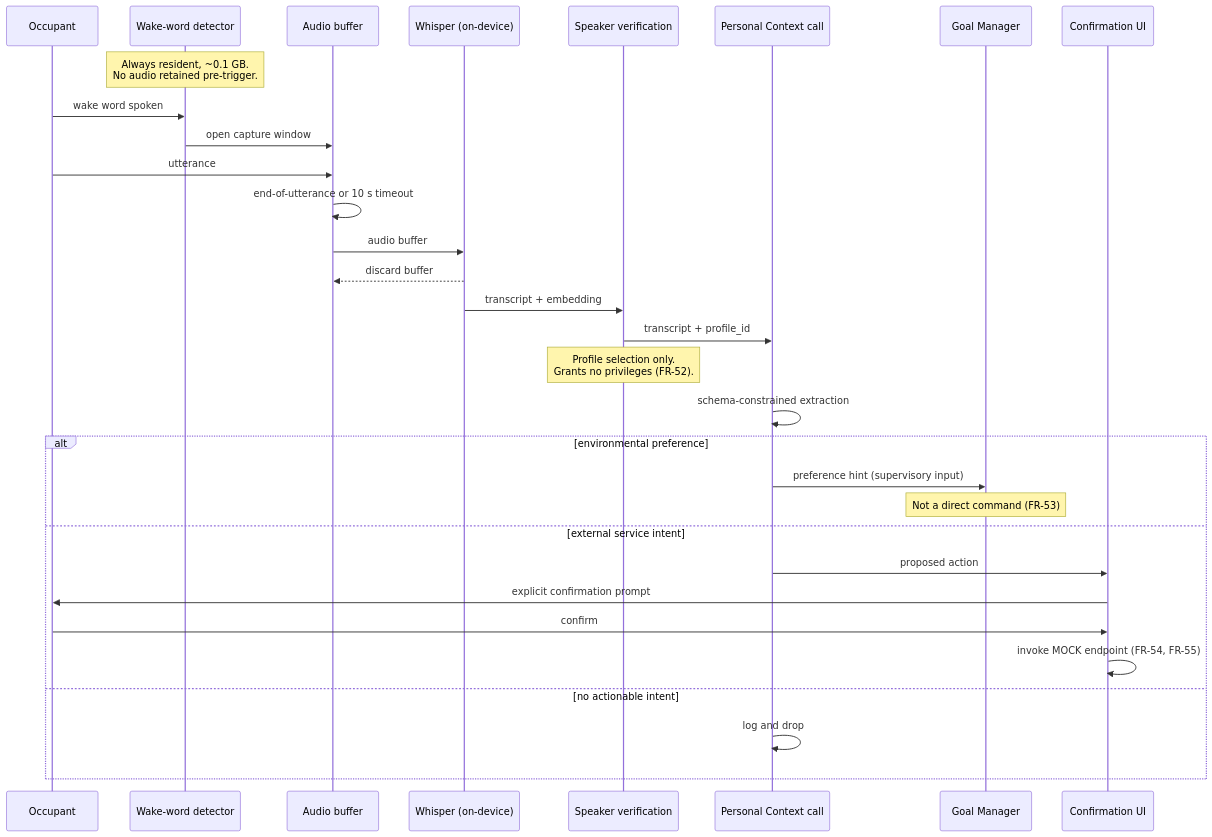
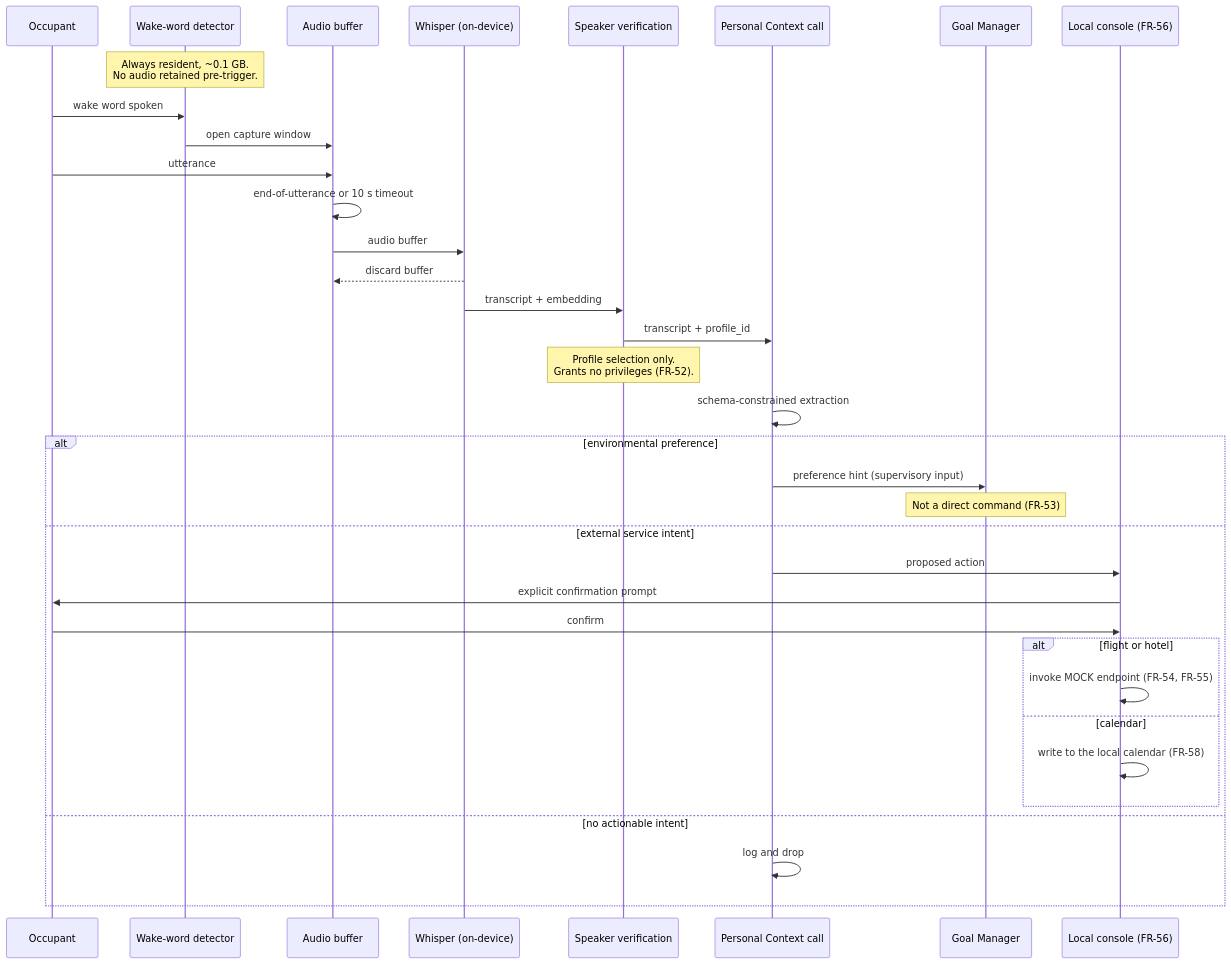
The tenth of 12 diagrams in docs/DESIGN.md (udbhav07/edge-smart-space), drawn with Mermaid before and after one commit. The commit also changed other lines of this file and 1 other file, not shown here.

First line of the commit message:
docs: local console and a first-party calendar (FR-56 to FR-58)

````diff
--- a/docs/DESIGN.md
+++ b/docs/DESIGN.md
@@ -817,34 +824,38 @@
 ```mermaid
 sequenceDiagram
     participant U as Occupant
     participant WW as Wake-word detector
     participant MIC as Audio buffer
     participant ASR as Whisper (on-device)
     participant SV as Speaker verification
     participant PC as Personal Context call
     participant GM as Goal Manager
-    participant UI as Confirmation UI
+    participant UI as Local console (FR-56)
 
     Note over WW: Always resident, ~0.1 GB.<br/>No audio retained pre-trigger.
     U->>WW: wake word spoken
     WW->>MIC: open capture window
     U->>MIC: utterance
     MIC->>MIC: end-of-utterance or 10 s timeout
     MIC->>ASR: audio buffer
     ASR-->>MIC: discard buffer
     ASR->>SV: transcript + embedding
     SV->>PC: transcript + profile_id
     Note over SV: Profile selection only.<br/>Grants no privileges (FR-52).
     PC->>PC: schema-constrained extraction
     alt environmental preference
         PC->>GM: preference hint (supervisory input)
         Note over GM: Not a direct command (FR-53)
     else external service intent
         PC->>UI: proposed action
         UI->>U: explicit confirmation prompt
         U->>UI: confirm
-        UI->>UI: invoke MOCK endpoint (FR-54, FR-55)
+        alt flight or hotel
+            UI->>UI: invoke MOCK endpoint (FR-54, FR-55)
+        else calendar
+            UI->>UI: write to the local calendar (FR-58)
+        end
     else no actionable intent
         PC->>PC: log and drop
     end
 ```
````
